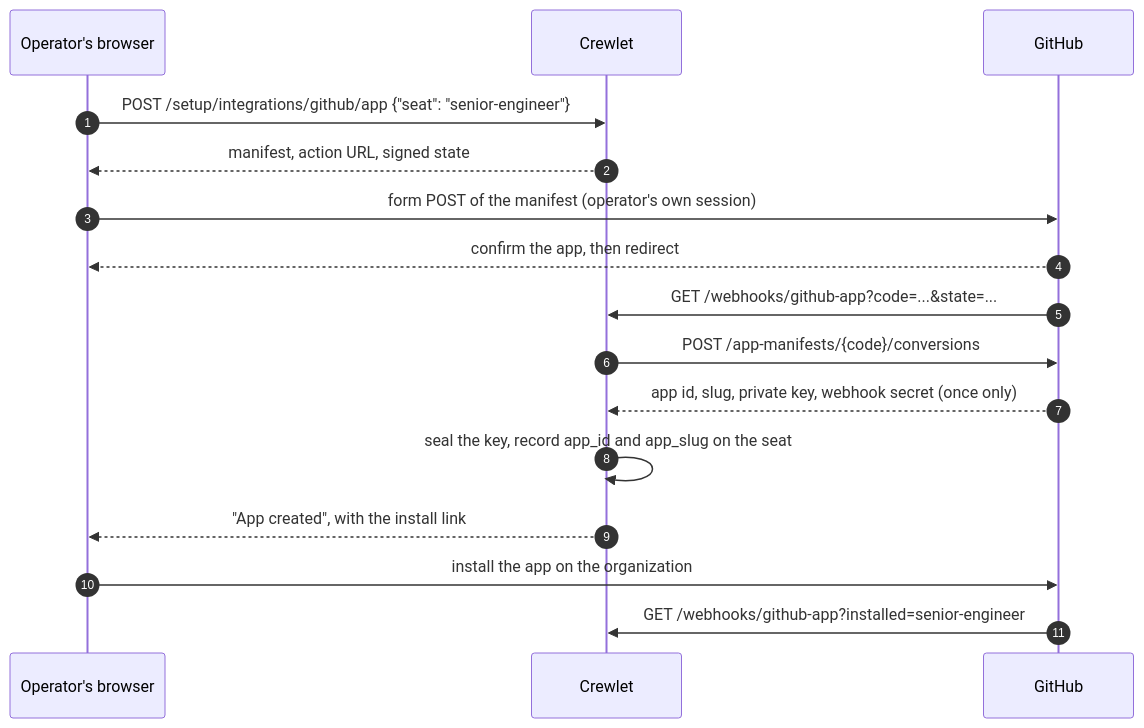
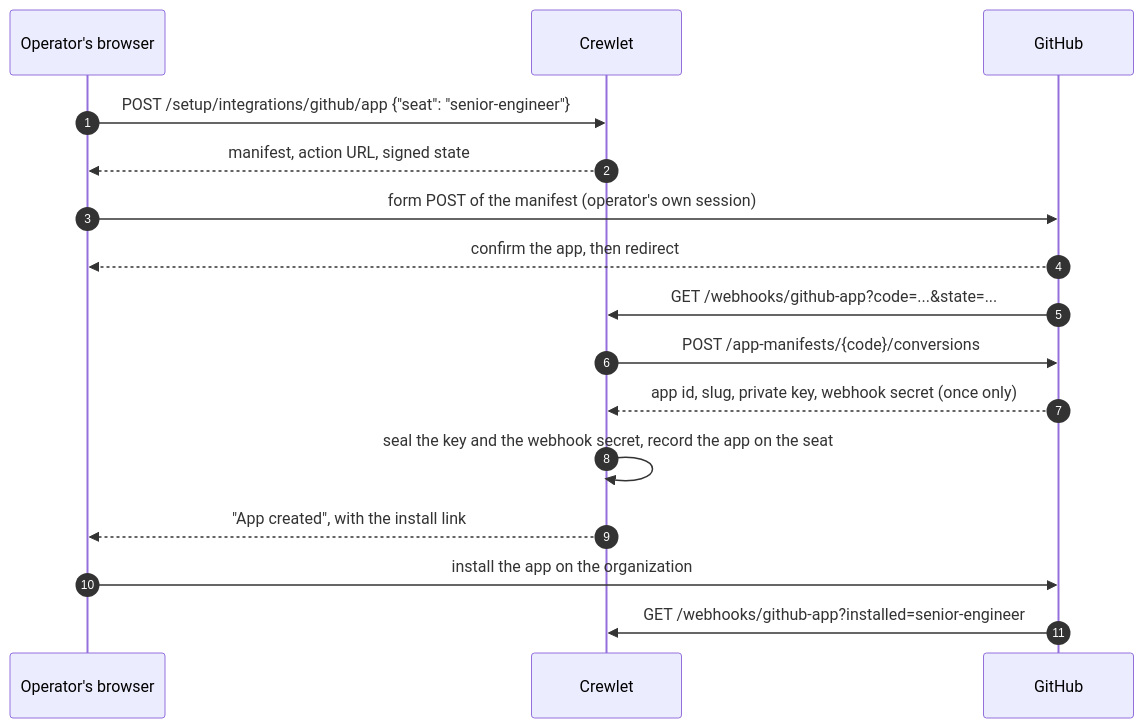
One commit to crewlet/crewlet changed the diagram in docs/integrations/github.md. Above: the diagram before and after it, drawn with Mermaid. The commit also changed other lines of this file and 11 other files, not shown here.

````diff
--- a/docs/integrations/github.md
+++ b/docs/integrations/github.md
@@ -172,19 +184,19 @@
 ```mermaid
 sequenceDiagram
     autonumber
     participant Op as Operator's browser
     participant CL as Crewlet
     participant GH as GitHub
 
     Op->>CL: POST /setup/integrations/github/app {"seat": "senior-engineer"}
     CL-->>Op: manifest, action URL, signed state
     Op->>GH: form POST of the manifest (operator's own session)
     GH-->>Op: confirm the app, then redirect
     GH->>CL: GET /webhooks/github-app?code=...&state=...
     CL->>GH: POST /app-manifests/{code}/conversions
     GH-->>CL: app id, slug, private key, webhook secret (once only)
-    CL->>CL: seal the key, record app_id and app_slug on the seat
+    CL->>CL: seal the key and the webhook secret, record the app on the seat
     CL-->>Op: "App created", with the install link
     Op->>GH: install the app on the organization
     GH->>CL: GET /webhooks/github-app?installed=senior-engineer
 ```
````
